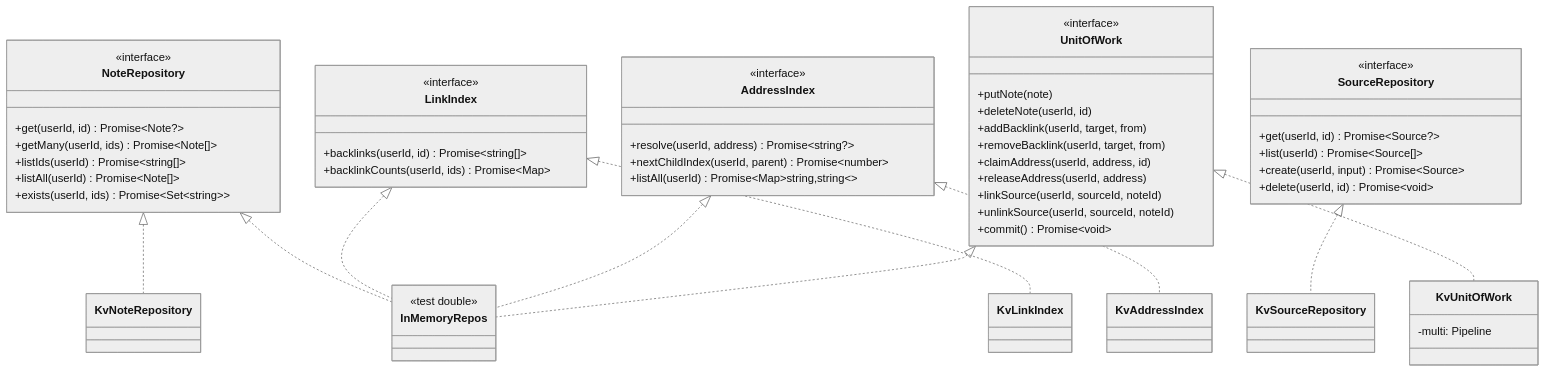
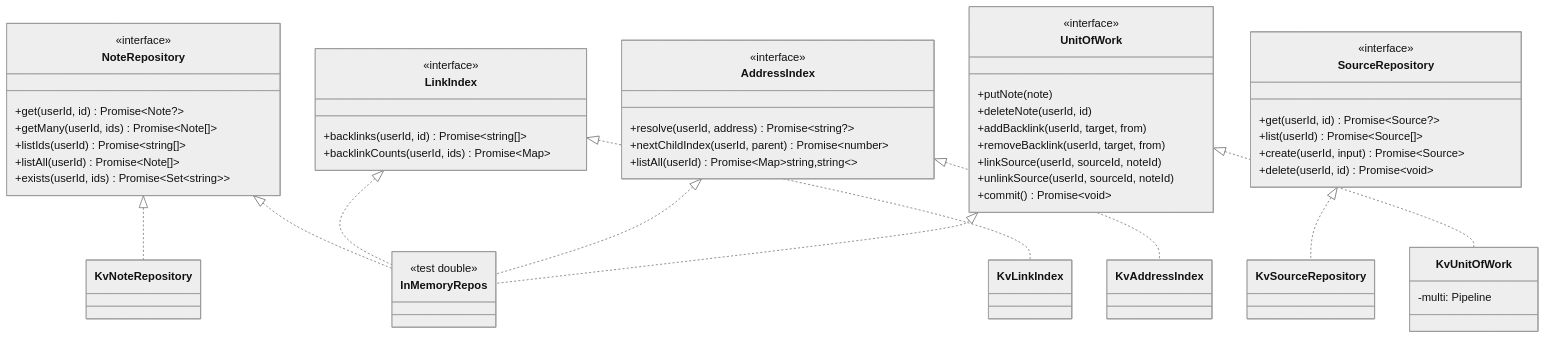
The fourth of 10 diagrams in docs/zettelkasten-lld.md (Parthgrow/revision-app), drawn with Mermaid (neutral theme) before and after one commit. The commit also changed other lines of this file and 43 other files, not shown here.

````diff
--- a/docs/zettelkasten-lld.md
+++ b/docs/zettelkasten-lld.md
@@ -264,68 +271,66 @@
 ```mermaid
 classDiagram
   direction TB
 
   class NoteRepository {
     <<interface>>
     +get(userId, id) Promise~Note?~
     +getMany(userId, ids) Promise~Note[]~
     +listIds(userId) Promise~string[]~
     +listAll(userId) Promise~Note[]~
     +exists(userId, ids) Promise~Set~string~~
   }
 
   class LinkIndex {
     <<interface>>
     +backlinks(userId, id) Promise~string[]~
     +backlinkCounts(userId, ids) Promise~Map~
   }
 
   class AddressIndex {
     <<interface>>
     +resolve(userId, address) Promise~string?~
     +nextChildIndex(userId, parent) Promise~number~
     +listAll(userId) Promise~Map~string,string~~
   }
 
   class SourceRepository {
     <<interface>>
     +get(userId, id) Promise~Source?~
     +list(userId) Promise~Source[]~
     +create(userId, input) Promise~Source~
     +delete(userId, id) Promise~void~
   }
 
   class UnitOfWork {
     <<interface>>
     +putNote(note)
     +deleteNote(userId, id)
     +addBacklink(userId, target, from)
     +removeBacklink(userId, target, from)
-    +claimAddress(userId, address, id)
-    +releaseAddress(userId, address)
     +linkSource(userId, sourceId, noteId)
     +unlinkSource(userId, sourceId, noteId)
     +commit() Promise~void~
   }
 
   class KvNoteRepository
   class KvLinkIndex
   class KvAddressIndex
   class KvSourceRepository
   class KvUnitOfWork {
     -multi: Pipeline
   }
   class InMemoryRepos {
     <<test double>>
   }
 
   NoteRepository <|.. KvNoteRepository
   LinkIndex <|.. KvLinkIndex
   AddressIndex <|.. KvAddressIndex
   SourceRepository <|.. KvSourceRepository
   UnitOfWork <|.. KvUnitOfWork
   NoteRepository <|.. InMemoryRepos
   LinkIndex <|.. InMemoryRepos
   AddressIndex <|.. InMemoryRepos
   UnitOfWork <|.. InMemoryRepos
 ```
````
